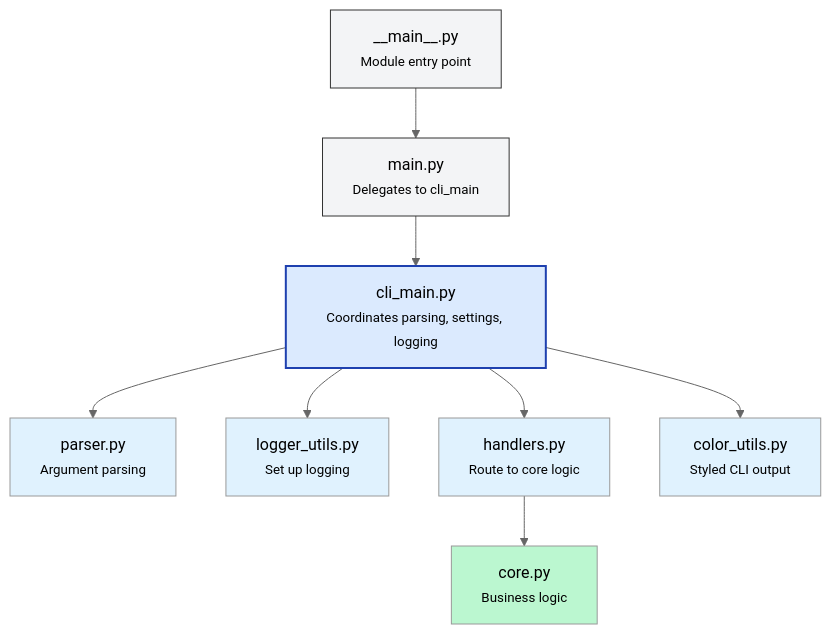
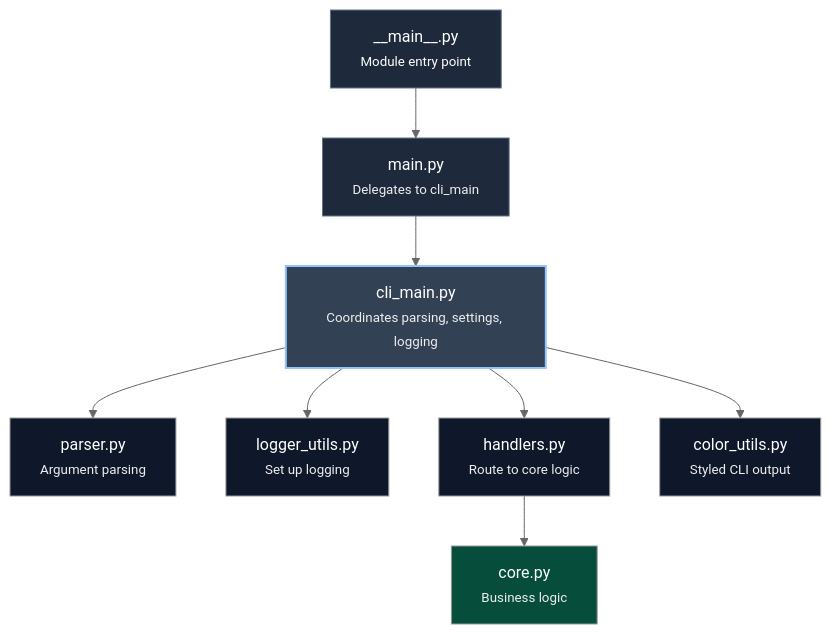
The diagram in docs/cli_architecture.md (berserkhmdvhb/python-project-template), drawn with Mermaid (neutral theme) before and after one commit. The commit also changed other lines of this file, not shown here.

````diff
--- a/docs/cli_architecture.md
+++ b/docs/cli_architecture.md
@@ -50,21 +52,21 @@
 ```mermaid
 flowchart TD
-    A[__main__.py<br><small>Module entry point</small>] --> B[main.py<br><small>Delegates to cli_main</small>]
-    B --> C[cli_main.py<br><small>Coordinates parsing, settings, logging</small>]
+    A["__main__.py<br/><small style='color:#eee;'>Module entry point</small>"] --> B["main.py<br/><small style='color:#eee;'>Delegates to cli_main</small>"]
+    B --> C["cli_main.py<br/><small style='color:#eee;'>Coordinates parsing, settings, logging</small>"]
 
-    C --> D[parser.py<br><small>Argument parsing</small>]
-    C --> E[logger_utils.py<br><small>Set up logging</small>]
-    C --> F[handlers.py<br><small>Route to core logic</small>]
-    C --> G[color_utils.py<br><small>Styled CLI output</small>]
+    C --> D["parser.py<br/><small style='color:#eee;'>Argument parsing</small>"]
+    C --> E["logger_utils.py<br/><small style='color:#eee;'>Set up logging</small>"]
+    C --> F["handlers.py<br/><small style='color:#eee;'>Route to core logic</small>"]
+    C --> G["color_utils.py<br/><small style='color:#eee;'>Styled CLI output</small>"]
 
-    F --> H[core.py<br><small>Business logic</small>]
+    F --> H["core.py<br/><small style='color:#eee;'>Business logic</small>"]
 
-    style A fill:#f3f4f6,stroke:#333,stroke-width:1px
-    style B fill:#f3f4f6,stroke:#333,stroke-width:1px
-    style C fill:#dbeafe,stroke:#1e40af,stroke-width:2px
-    style D fill:#e0f2fe
-    style E fill:#e0f2fe
-    style F fill:#e0f2fe
-    style G fill:#e0f2fe
-    style H fill:#bbf7d0
+    style A fill:#1e293b,stroke:#64748b,stroke-width:1px,color:#fff
+    style B fill:#1e293b,stroke:#64748b,stroke-width:1px,color:#fff
+    style C fill:#334155,stroke:#93c5fd,stroke-width:2px,color:#fff
+    style D fill:#0f172a,color:#fff
+    style E fill:#0f172a,color:#fff
+    style F fill:#0f172a,color:#fff
+    style G fill:#0f172a,color:#fff
+    style H fill:#064e3b,color:#fff
 ```
````
